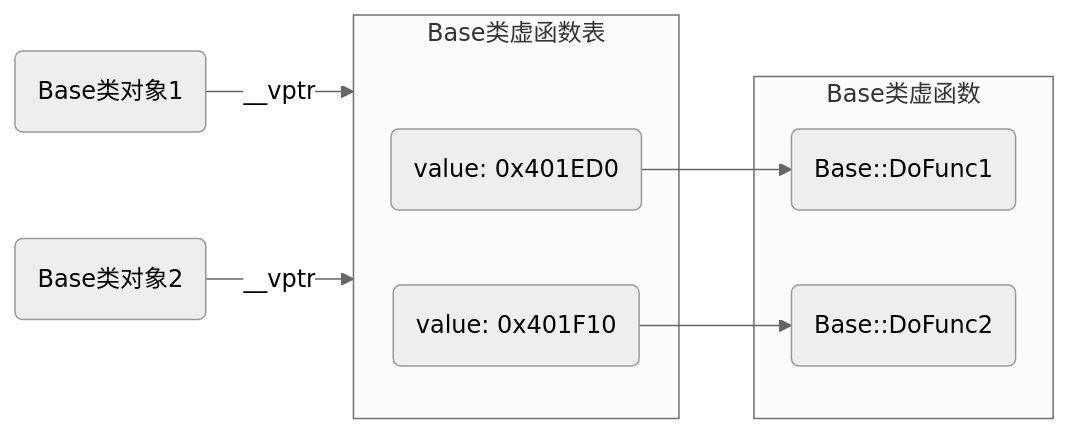
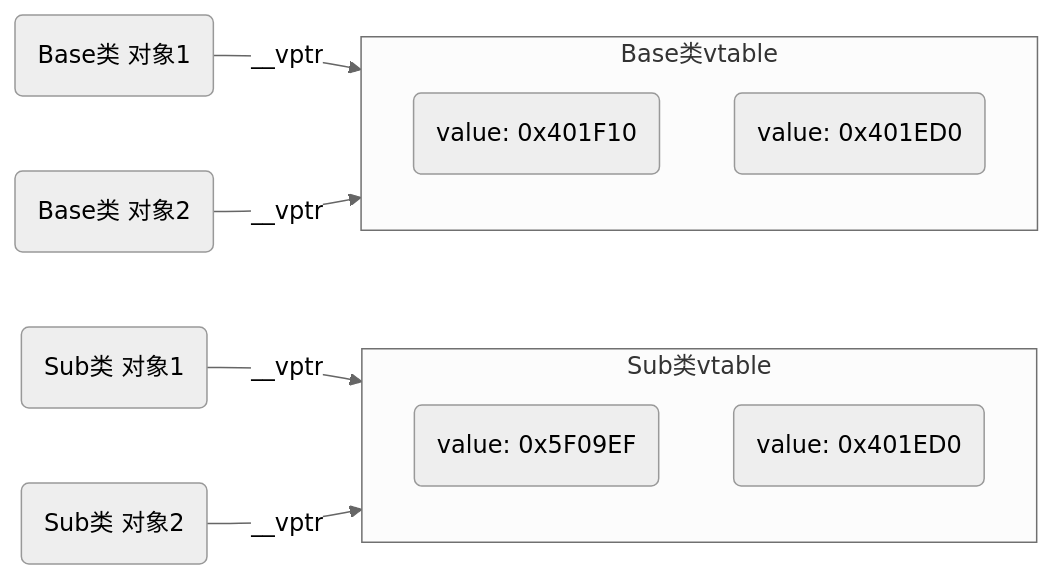
Before and after one commit to dmjcb/dmjcb.github.io: the eighth of 9 diagrams in _posts/language/c_c++/c++/OOP/2024-11-01-面向对象.md, drawn with Mermaid (neutral theme). The commit also changed other lines of this file and 35 other files, not shown here.

````diff
--- a/_posts/language/c_c++/c++/OOP/2024-11-01-面向对象.md
+++ b/_posts/language/c_c++/c++/OOP/2024-11-01-面向对象.md
@@ -485,17 +1026,16 @@
 ```mermaid
-graph LR
-    X(Base类对象1)
-    Y(Base类对象2)
-    subgraph Base类虚函数
-        A(Base::DoFunc1)
-        B(Base::DoFunc2)
+graph LR;
+    subgraph Base类vtable
+        D(value: 0x401F10)
+        C(value: 0x401ED0)
     end
-    subgraph Base类虚函数表
-        C(value: 0x401ED0)
-        D(value: 0x401F10)
-        C-->A
-        D-->B
+    X(Base类 对象1)--__vptr-->Base类vtable
+    Y(Base类 对象2)--__vptr-->Base类vtable
+
+    subgraph Sub类vtable
+        D1(value: 0x5F09EF)
+        C1(value: 0x401ED0)
     end
-    X--__vptr-->Base类虚函数表
-    Y--__vptr-->Base类虚函数表
+    X1(Sub类 对象1)--__vptr-->Sub类vtable
+    Y1(Sub类 对象2)--__vptr-->Sub类vtable
 ```
````
